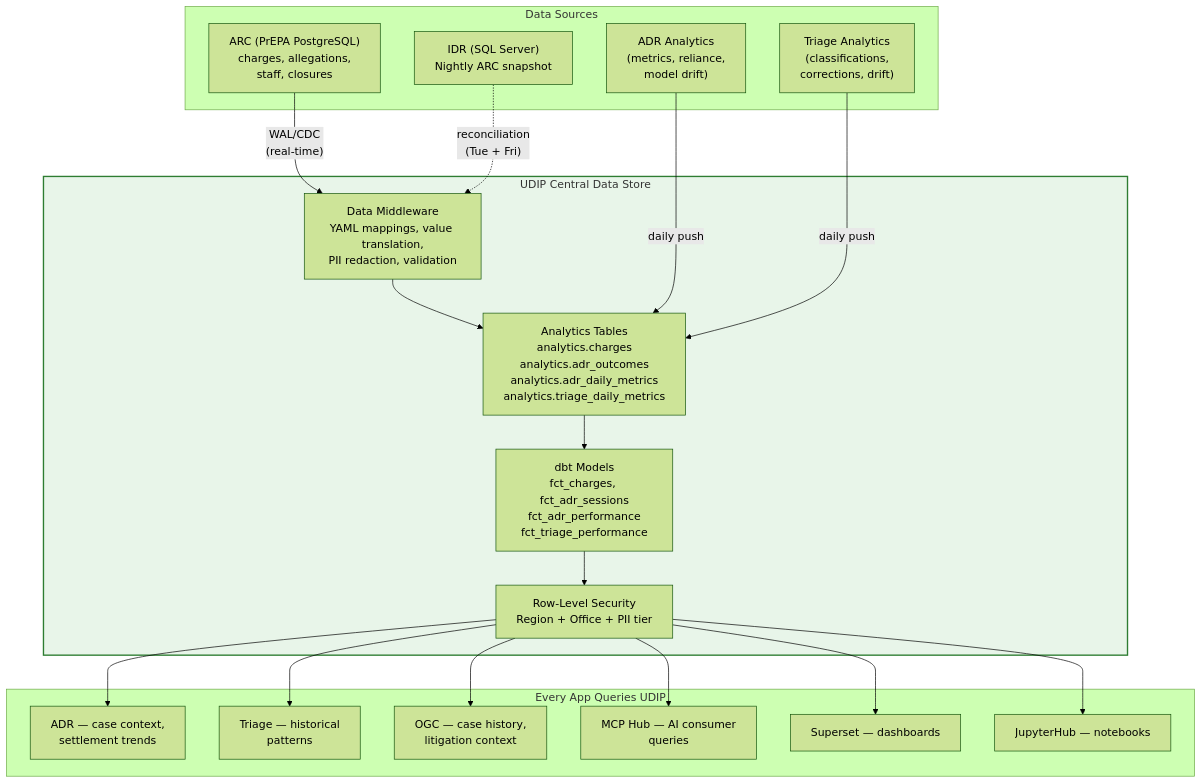
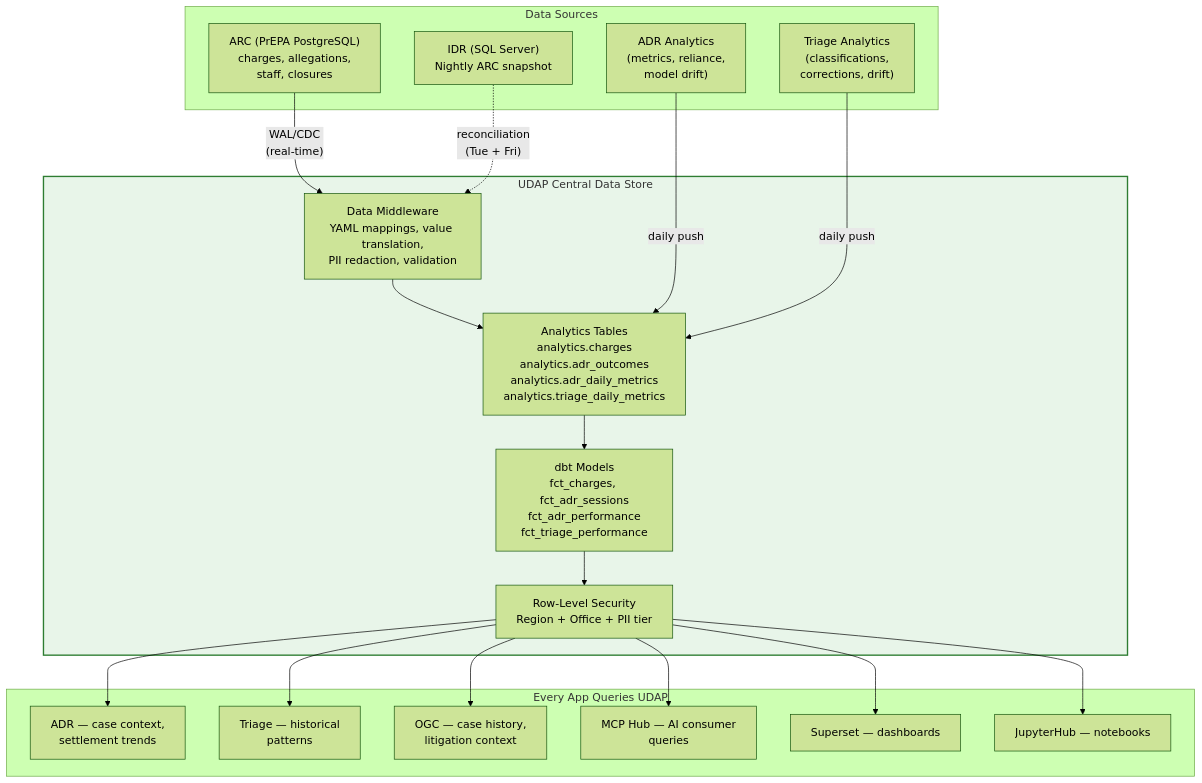
The fourth of 6 diagrams in OCIO_Leadership_Briefing.md (derekcentrico/eeoc-ai-platform-docs), drawn with Mermaid (forest theme) before and after one commit. The commit also changed other lines of this file and 18 other files, not shown here.

Commit message:
Rename UDIP to UDAP (Unified Data Analytics Platform)

````diff
--- a/OCIO_Leadership_Briefing.md
+++ b/OCIO_Leadership_Briefing.md
@@ -231,34 +231,34 @@
 ```mermaid
 flowchart TB
     subgraph Sources["Data Sources"]
         ARC["ARC (PrEPA PostgreSQL)<br/>charges, allegations,<br/>staff, closures"]
         ADR_Data["ADR Analytics<br/>(metrics, reliance,<br/>model drift)"]
         Triage_Data["Triage Analytics<br/>(classifications,<br/>corrections, drift)"]
         IDR["IDR (SQL Server)<br/>Nightly ARC snapshot"]
     end
 
-    subgraph UDIP["UDIP Central Data Store"]
+    subgraph UDAP["UDAP Central Data Store"]
         MW["Data Middleware<br/>YAML mappings, value translation,<br/>PII redaction, validation"]
         Raw["Analytics Tables<br/>analytics.charges<br/>analytics.adr_outcomes<br/>analytics.adr_daily_metrics<br/>analytics.triage_daily_metrics"]
         dbt["dbt Models<br/>fct_charges, fct_adr_sessions<br/>fct_adr_performance<br/>fct_triage_performance"]
         RLS["Row-Level Security<br/>Region + Office + PII tier"]
         MW --> Raw --> dbt --> RLS
     end
 
-    subgraph Consumers["Every App Queries UDIP"]
+    subgraph Consumers["Every App Queries UDAP"]
         C1["ADR — case context,<br/>settlement trends"]
         C2["Triage — historical<br/>patterns"]
         C3["OGC — case history,<br/>litigation context"]
         C4["MCP Hub — AI consumer<br/>queries"]
         C5["Superset — dashboards"]
         C6["JupyterHub — notebooks"]
     end
 
     ARC -->|"WAL/CDC<br/>(real-time)"| MW
     IDR -.->|"reconciliation<br/>(Tue + Fri)"| MW
     ADR_Data -->|"daily push"| Raw
     Triage_Data -->|"daily push"| Raw
     RLS --> C1 & C2 & C3 & C4 & C5 & C6
 
-    style UDIP fill:#e8f5e9,stroke:#2e7d32,stroke-width:2px
+    style UDAP fill:#e8f5e9,stroke:#2e7d32,stroke-width:2px
 ```
````
